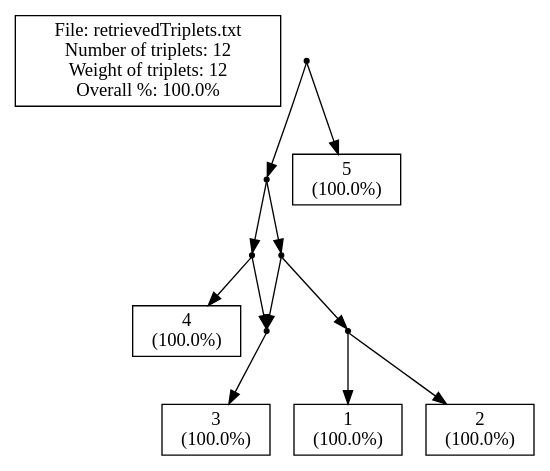
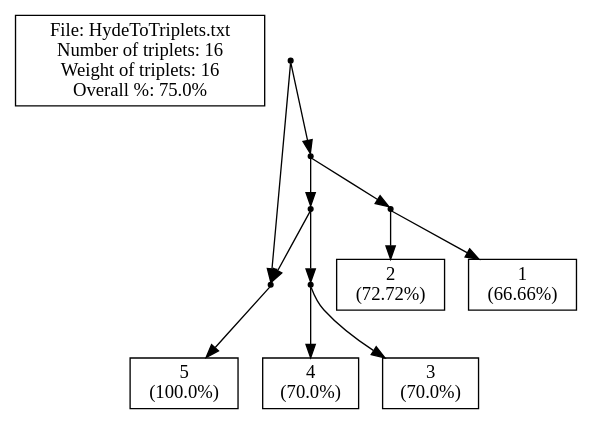
One commit to iharnoor/PhylogeneticsWebsite changed the diagram in ParsingTxt/Launcher/cExample1_m.dot. Above: the diagram before and after it, drawn with Graphviz. The commit also changed 13 other files, not shown here.

```diff
--- a/ParsingTxt/Launcher/cExample1_m.dot
+++ b/ParsingTxt/Launcher/cExample1_m.dot
@@ -1,51 +1,50 @@
 // LEV1ATHAN Version 1.0, 21 september 2009
 // COMMENT: Pre-processing the input file to count the leaves
 // COMMENT: Pre-processing showed that there are 5 leaves in the input.
 // SUMMARY: Input had 5 leaves.
 // USER-SETTING: Will *not* post-process output to collapse edges.
 // COMMENT: Triplet set is already dense.
-// SUMMARY: There are 12 triplets in the input.
-// SUMMARY: Total weight of input triplets is 12.
-// COMMENT: We achieved non-trivial local perfection.
+// SUMMARY: There are 16 triplets in the input.
+// SUMMARY: Total weight of input triplets is 16.
 // SUMMARY: (Before post-processing)
-// SUMMARY: We got 12 units of triplet weight, that's 100.0% of total weight.
-// SUMMARY: In total 0 units of triplet weight were -not- consistent with the ouput network.
-// SUMMARY: Output network contained 0 triplets -not- in the original input.
-// SUMMARY: The symmetric difference is thus 0 + (1 * 0) = 0
+// SUMMARY: We got 12 units of triplet weight, that's 75.0% of total weight.
+// SUMMARY: In total 4 units of triplet weight were -not- consistent with the ouput network.
+// SUMMARY: Output network contained 2 triplets -not- in the original input.
+// SUMMARY: The symmetric difference is thus 4 + (1 * 2) = 6
 // SUMMARY: (After post-processing)
 strict digraph G1 {
 edge [fontsize=8]
-labelbox [shape=box, width=0.4, label="File: retrievedTriplets.txt\nNumber of triplets: 12\nWeight of triplets: 12\nOverall %: 100.0%"];
+labelbox [shape=box, width=0.4, label="File: HydeToTriplets.txt\nNumber of triplets: 16\nWeight of triplets: 16\nOverall %: 75.0%"];
 internal1000 [shape=point];
 internal1001 [shape=point];
-internal1002 [shape=point];
+5 [shape=box, width=0.3, label="5\n(100.0%)"];
 internal1003 [shape=point];
-3 [shape=box, width=0.3, label="3\n(100.0%)"];
-4 [shape=box, width=0.3, label="4\n(100.0%)"];
-internal1006 [shape=point];
+internal1004 [shape=point];
+2 [shape=box, width=0.3, label="2\n(72.72%)"];
+1 [shape=box, width=0.3, label="1\n(66.66%)"];
 internal1007 [shape=point];
-1 [shape=box, width=0.3, label="1\n(100.0%)"];
-2 [shape=box, width=0.3, label="2\n(100.0%)"];
-5 [shape=box, width=0.3, label="5\n(100.0%)"];
+internal1008 [shape=point];
+3 [shape=box, width=0.3, label="3\n(70.0%)"];
+4 [shape=box, width=0.3, label="4\n(70.0%)"];
 internal1000 -> internal1001
-internal1000 -> 5
-internal1001 -> internal1002
-internal1001 -> internal1006
-internal1002 -> internal1003
-internal1002 -> 4
-internal1003 -> 3
-internal1006 -> internal1007
-internal1006 -> internal1003
-internal1007 -> 1
-internal1007 -> 2
-internal1003 -> 3
+internal1000 -> internal1003
+internal1001 -> 5
+internal1003 -> internal1004
+internal1003 -> internal1007
+internal1004 -> 2
+internal1004 -> 1
+internal1007 -> internal1008
+internal1007 -> internal1001
+internal1008 -> 3
+internal1008 -> 4
+internal1001 -> 5
 }
-// SUMMARY: eNewick output: ((((3)#H1,4),((1,2),#H1)),5);
-// SUMMARY: In total 0 units of triplet weight were -not- consistent with the ouput network.
-// SUMMARY: Output network contained 0 triplets -not- in the original input.
+// SUMMARY: eNewick output: ((5)#H1,((2,1),((3,4),#H1)));
+// SUMMARY: In total 4 units of triplet weight were -not- consistent with the ouput network.
+// SUMMARY: Output network contained 2 triplets -not- in the original input.
 // SUMMARY: Weight of missing triplets before contraction minus weight of missing triplets afterwards: 0
 // SUMMARY: Number of surplus triplets before contraction minus number of surplus triplets afterwards: 0
-// CONCLUSION: After post-processing we got 12 units of triplet weight, that's 100.0% of total weight (before post-processing this was 100.0%).
-// CONCLUSION: After post-processing the symmetric difference is thus 0 + (1 * 0) = 0 (before post-processing this was 0)
-// STAT: PERCENTAGE = 100.0
-// STAT: NETWORK-TRIPLET SD = 0
+// CONCLUSION: After post-processing we got 12 units of triplet weight, that's 75.0% of total weight (before post-processing this was 75.0%).
+// CONCLUSION: After post-processing the symmetric difference is thus 4 + (1 * 2) = 6 (before post-processing this was 6)
+// STAT: PERCENTAGE = 75.0
+// STAT: NETWORK-TRIPLET SD = 6
```
